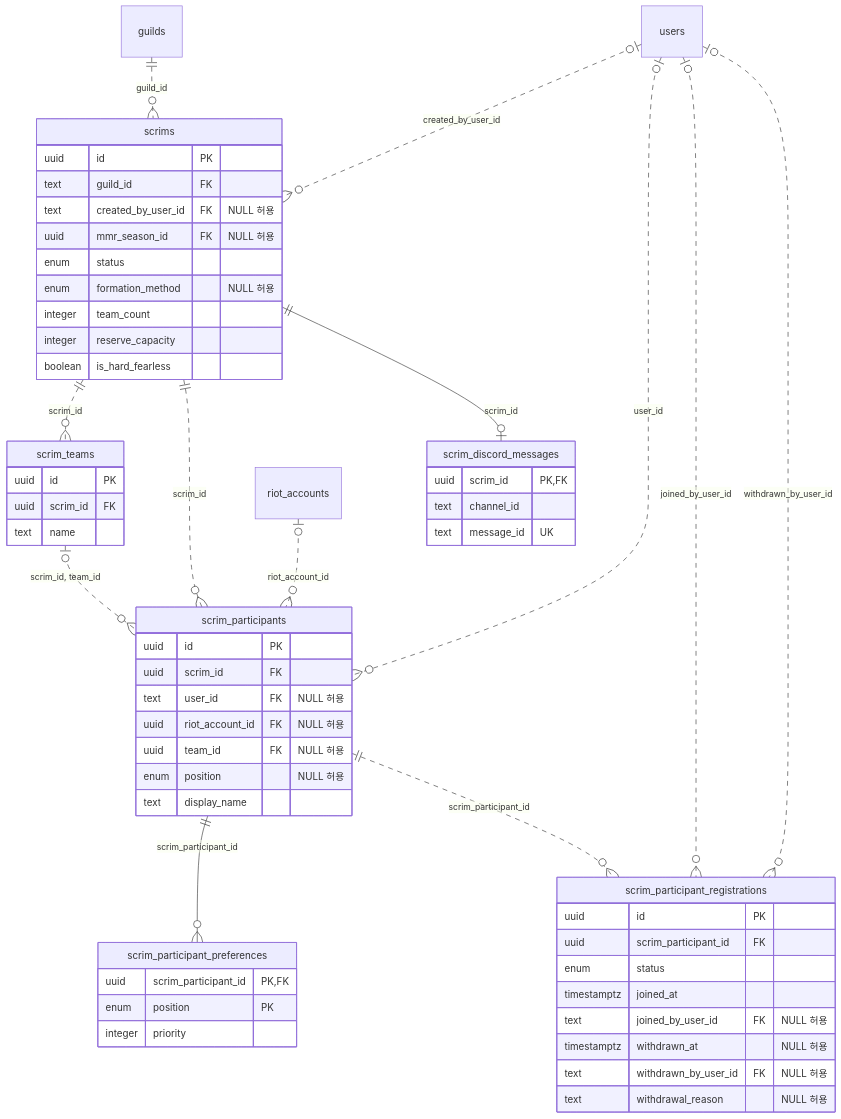
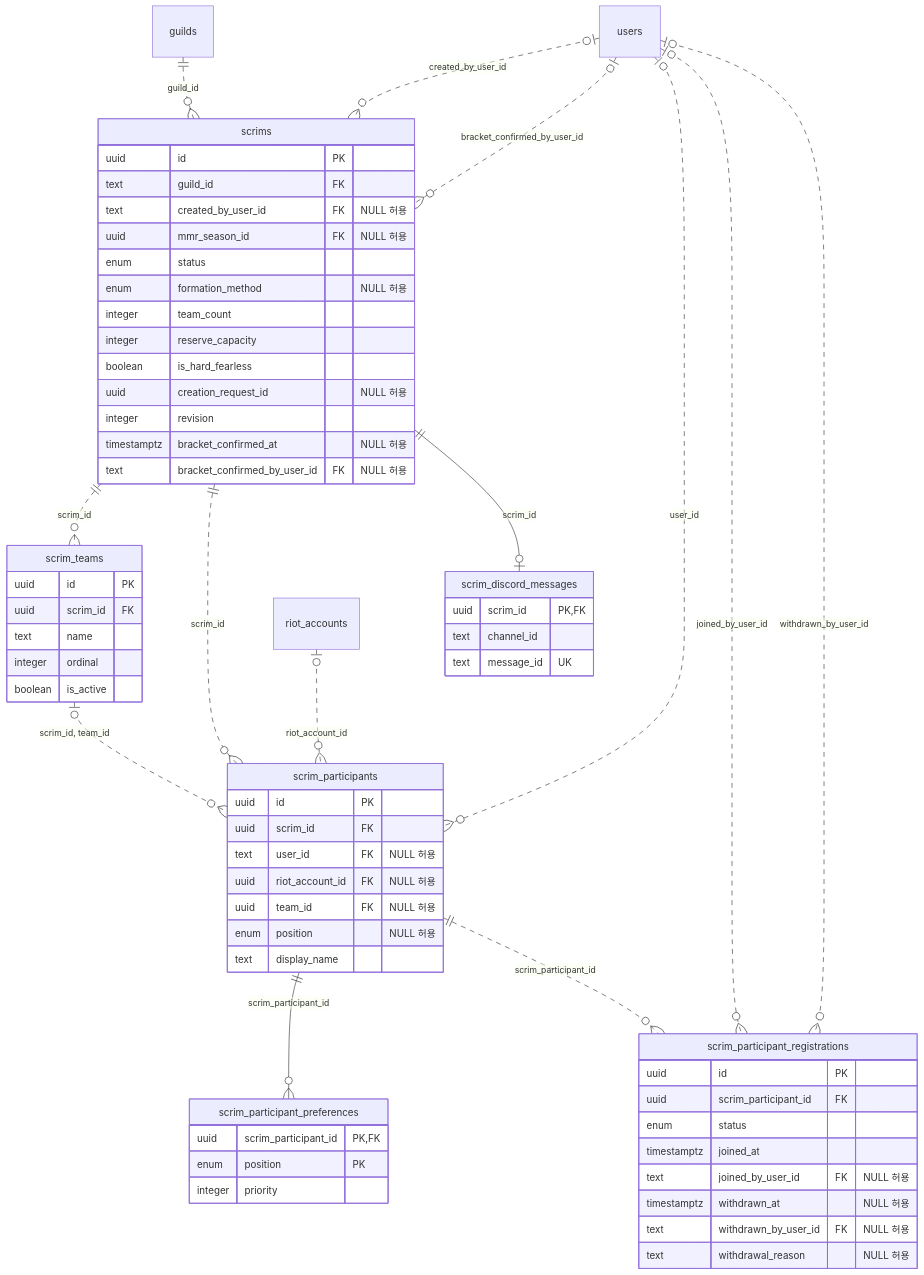
One commit to Longcat2957/MonkeyScrimManager2 changed the fourth of 7 diagrams in docs/database-erd.md. Above: the diagram before and after it, drawn with Mermaid. The commit also changed other lines of this file and 136 other files, not shown here.

````diff
--- a/docs/database-erd.md
+++ b/docs/database-erd.md
@@ -225,61 +256,68 @@
 ```mermaid
 erDiagram
     scrims {
         uuid id PK
         text guild_id FK
         text created_by_user_id FK "NULL 허용"
         uuid mmr_season_id FK "NULL 허용"
         enum status
         enum formation_method "NULL 허용"
         integer team_count
         integer reserve_capacity
         boolean is_hard_fearless
+        uuid creation_request_id "NULL 허용"
+        integer revision
+        timestamptz bracket_confirmed_at "NULL 허용"
+        text bracket_confirmed_by_user_id FK "NULL 허용"
     }
     scrim_teams {
         uuid id PK
         uuid scrim_id FK
         text name
+        integer ordinal
+        boolean is_active
     }
     scrim_participants {
         uuid id PK
         uuid scrim_id FK
         text user_id FK "NULL 허용"
         uuid riot_account_id FK "NULL 허용"
         uuid team_id FK "NULL 허용"
         enum position "NULL 허용"
         text display_name
     }
     scrim_participant_preferences {
         uuid scrim_participant_id PK, FK
         enum position PK
         integer priority
     }
     scrim_participant_registrations {
         uuid id PK
         uuid scrim_participant_id FK
         enum status
         timestamptz joined_at
         text joined_by_user_id FK "NULL 허용"
         timestamptz withdrawn_at "NULL 허용"
         text withdrawn_by_user_id FK "NULL 허용"
         text withdrawal_reason "NULL 허용"
     }
     scrim_discord_messages {
         uuid scrim_id PK, FK
         text channel_id
         text message_id UK
     }
 
     guilds ||..o{ scrims : guild_id
     users |o..o{ scrims : created_by_user_id
+    users |o..o{ scrims : bracket_confirmed_by_user_id
     scrims ||..o{ scrim_teams : scrim_id
     scrims ||..o{ scrim_participants : scrim_id
     users |o..o{ scrim_participants : user_id
     riot_accounts |o..o{ scrim_participants : riot_account_id
     scrim_teams |o..o{ scrim_participants : "scrim_id, team_id"
     scrim_participants ||--o{ scrim_participant_preferences : scrim_participant_id
     scrim_participants ||..o{ scrim_participant_registrations : scrim_participant_id
     users |o..o{ scrim_participant_registrations : joined_by_user_id
     users |o..o{ scrim_participant_registrations : withdrawn_by_user_id
     scrims ||--o| scrim_discord_messages : scrim_id
 ```
````
